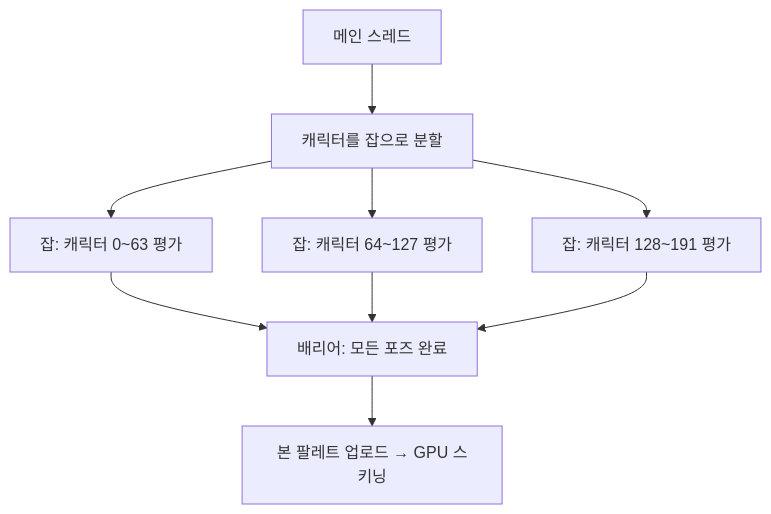
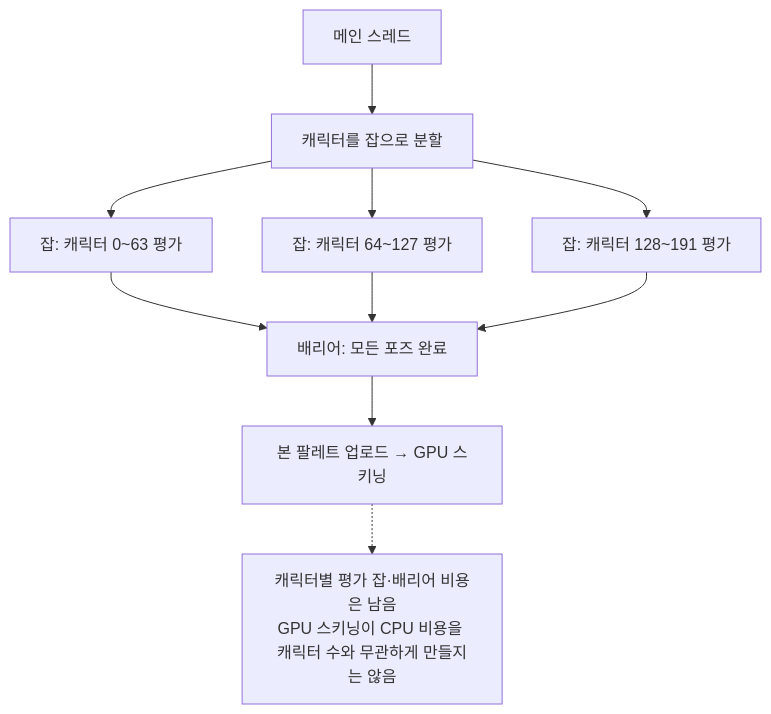
One commit to Rein-ArXiv/game-dev-curriculum changed the sixth of 6 diagrams in engine/part02_animation.md. Above: the diagram before and after it, drawn with Mermaid. The commit also changed other lines of this file and 279 other files, not shown here.

````diff
--- a/engine/part02_animation.md
+++ b/engine/part02_animation.md
@@ -605,11 +631,11 @@
 ```mermaid
 flowchart TB
     Main[메인 스레드] --> Split[캐릭터를 잡으로 분할]
     Split --> J1[잡: 캐릭터 0~63 평가]
     Split --> J2[잡: 캐릭터 64~127 평가]
     Split --> J3[잡: 캐릭터 128~191 평가]
     J1 --> Sync[배리어: 모든 포즈 완료]
     J2 --> Sync
     J3 --> Sync
-    Sync --> Skin[본 팔레트 업로드 → GPU 스키닝]
+    Sync --> Skin[본 팔레트 업로드 → GPU 스키닝]; Skin -.-> SkinNote[캐릭터별 평가 잡·배리어 비용은 남음<br/>GPU 스키닝이 CPU 비용을 캐릭터 수와 무관하게 만들지는 않음]
 ```
````
